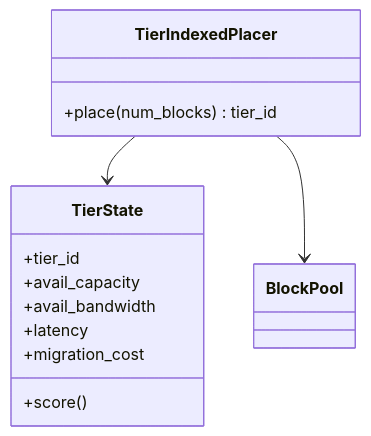
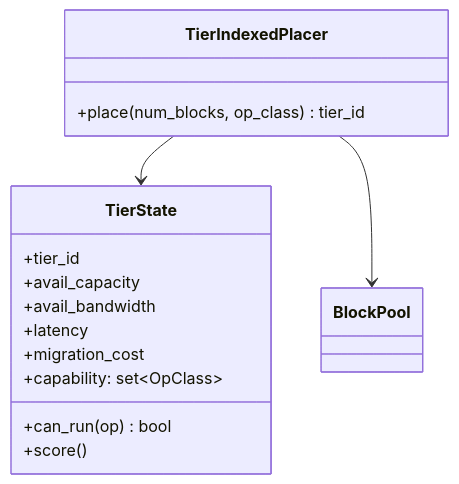
The seventh of 8 diagrams in doc-mk/vllm-dp1-placement-decision-basis.md (mkim0628/vllm), drawn with Mermaid before and after one commit. The commit also changed other lines of this file, not shown here.

````diff
--- a/doc-mk/vllm-dp1-placement-decision-basis.md
+++ b/doc-mk/vllm-dp1-placement-decision-basis.md
@@ -398,17 +481,19 @@
 ```mermaid
 classDiagram
   class TierState {
     +tier_id
     +avail_capacity
     +avail_bandwidth
     +latency
     +migration_cost
+    +capability: set~OpClass~
+    +can_run(op) bool
     +score()
   }
   class TierIndexedPlacer {
-    +place(num_blocks) tier_id
+    +place(num_blocks, op_class) tier_id
   }
   class BlockPool
   TierIndexedPlacer --> TierState
   TierIndexedPlacer --> BlockPool
 ```
````
